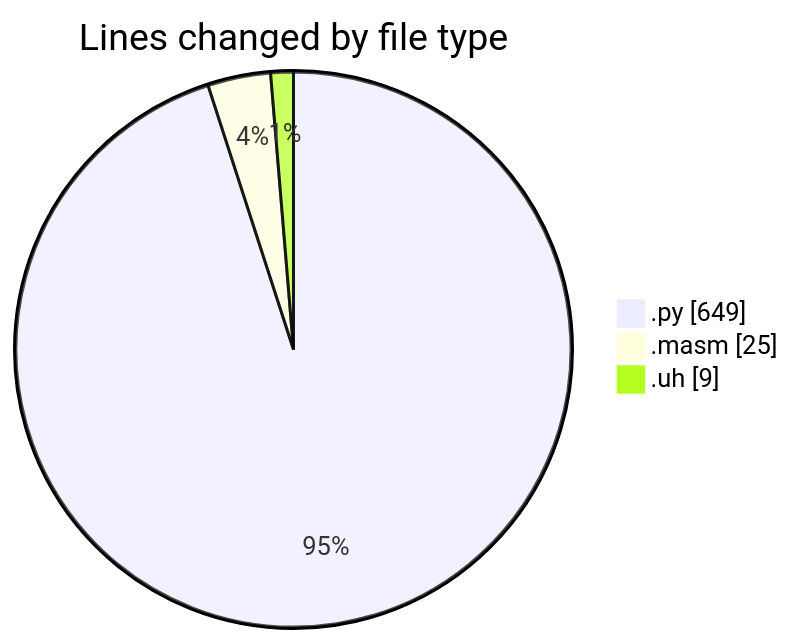
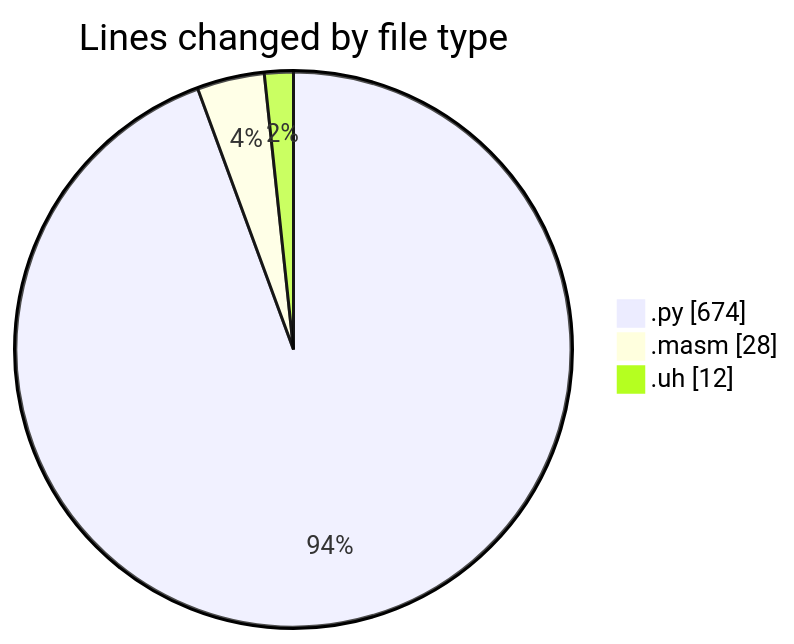
The first of 2 diagrams in 2025-05-01/uhigh-lang/README.md (charlie-sans/code-tracking), drawn with Mermaid before and after one commit. The commit also changed other lines of this file and 1 other file, not shown here.

````diff
--- a/2025-05-01/uhigh-lang/README.md
+++ b/2025-05-01/uhigh-lang/README.md
@@ -22,7 +22,7 @@
 ```mermaid
 pie showData
 title Lines changed by file type
-".py" : 649
-".masm" : 25
-".uh" : 9
+".py" : 674
+".masm" : 28
+".uh" : 12
 ```
````
